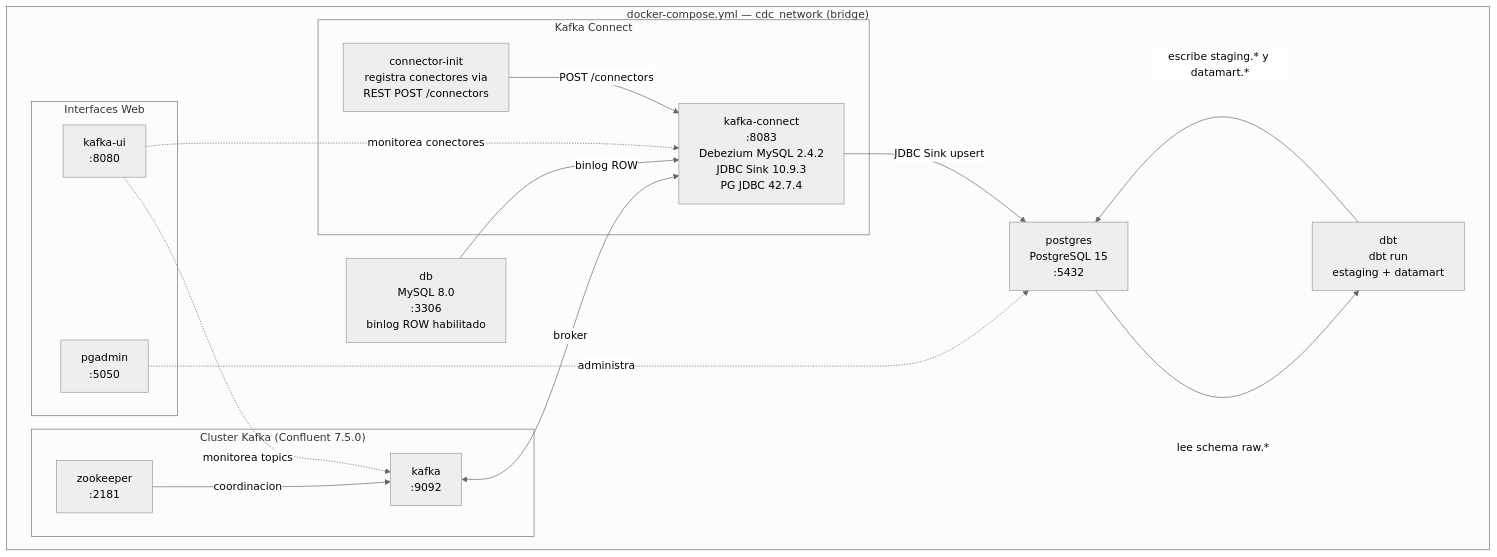
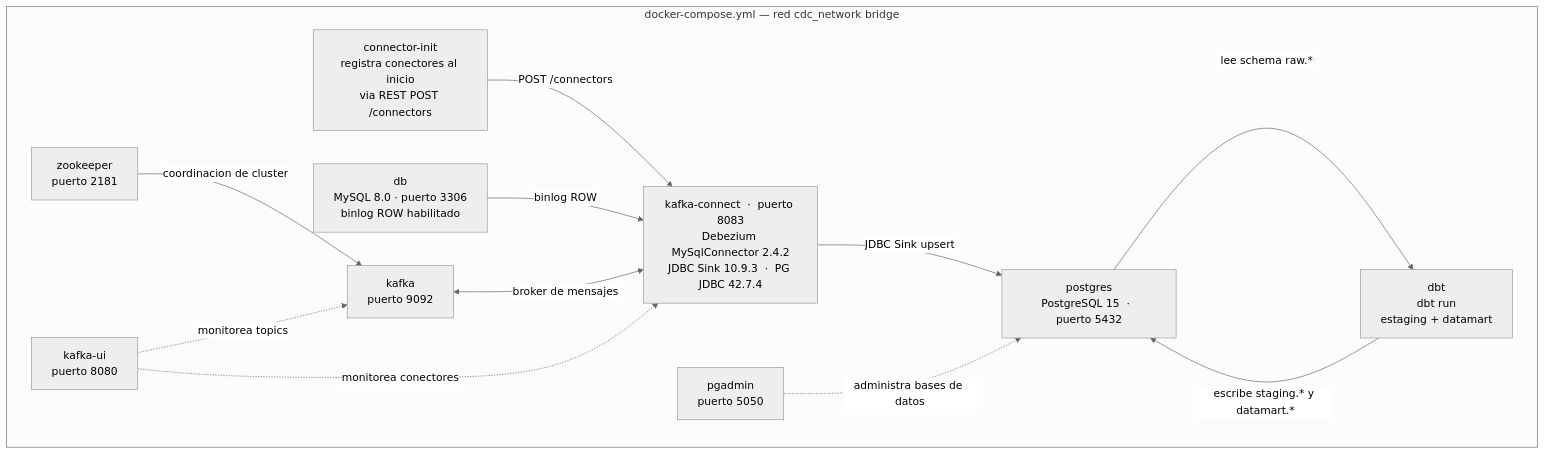
One commit to ClaudioB12/CentroPsicologico-BI changed the second of 2 diagrams in docs/diagrams/arquitectura.md. Above: the diagram before and after it, drawn with Mermaid (neutral theme). The commit also changed other lines of this file and 6 other files, not shown here.

Commit message:
Corrige diagramas Mermaid: reemplaza flowchart LR y direction LR por flowchart TD vertical en todos los archivos - pipeline arquitectura ahora muestra capas apiladas verticalmente

````diff
--- a/docs/diagrams/arquitectura.md
+++ b/docs/diagrams/arquitectura.md
@@ -56,34 +44,25 @@
 ```mermaid
-flowchart TB
-  subgraph COMPOSE["docker-compose.yml — cdc_network (bridge)"]
-    subgraph KAFKA_CLUSTER["Cluster Kafka (Confluent 7.5.0)"]
-      ZK["zookeeper\n:2181"]
-      KF["kafka\n:9092"]
-      ZK -->|coordinacion| KF
-    end
-
-    subgraph CONNECT["Kafka Connect"]
-      KC["kafka-connect\n:8083\nDebezium MySQL 2.4.2\nJDBC Sink 10.9.3\nPG JDBC 42.7.4"]
-      CI["connector-init\nregistra conectores via\nREST POST /connectors"]
-      CI -->|"POST /connectors"| KC
-    end
-
-    DB["db\nMySQL 8.0\n:3306\nbinlog ROW habilitado"]
-    PG["postgres\nPostgreSQL 15\n:5432"]
+flowchart TD
+  subgraph COMPOSE["docker-compose.yml — red cdc_network bridge"]
+    DB["db\nMySQL 8.0  ·  puerto 3306\nbinlog ROW habilitado"]
+    ZK["zookeeper\npuerto 2181"]
+    KF["kafka\npuerto 9092"]
+    KC["kafka-connect  ·  puerto 8083\nDebezium MySqlConnector 2.4.2\nJDBC Sink 10.9.3  ·  PG JDBC 42.7.4"]
+    CI["connector-init\nregistra conectores al inicio\nvia REST POST /connectors"]
+    PG["postgres\nPostgreSQL 15  ·  puerto 5432"]
     DBT_SVC["dbt\ndbt run\nestaging + datamart"]
-
-    subgraph MONITOREO["Interfaces Web"]
-      KUI["kafka-ui\n:8080"]
-      PGADMIN["pgadmin\n:5050"]
-    end
+    KUI["kafka-ui\npuerto 8080"]
+    PGADMIN["pgadmin\npuerto 5050"]
   end
 
-  DB -->|"binlog ROW"| KC
-  KF <-->|"broker"| KC
-  KC -->|"JDBC Sink upsert"| PG
-  PG -->|"lee schema raw.*"| DBT_SVC
-  DBT_SVC -->|"escribe staging.* y datamart.*"| PG
-  KUI -.->|"monitorea topics"| KF
-  KUI -.->|"monitorea conectores"| KC
-  PGADMIN -.->|"administra"| PG
+  ZK       -->|"coordinacion de cluster"| KF
+  CI       -->|"POST /connectors"| KC
+  DB       -->|"binlog ROW"| KC
+  KF      <-->|"broker de mensajes"| KC
+  KC       -->|"JDBC Sink upsert"| PG
+  PG       -->|"lee schema raw.*"| DBT_SVC
+  DBT_SVC  -->|"escribe staging.* y datamart.*"| PG
+  KUI     -.->|"monitorea topics"| KF
+  KUI     -.->|"monitorea conectores"| KC
+  PGADMIN -.->|"administra bases de datos"| PG
 ```
````
